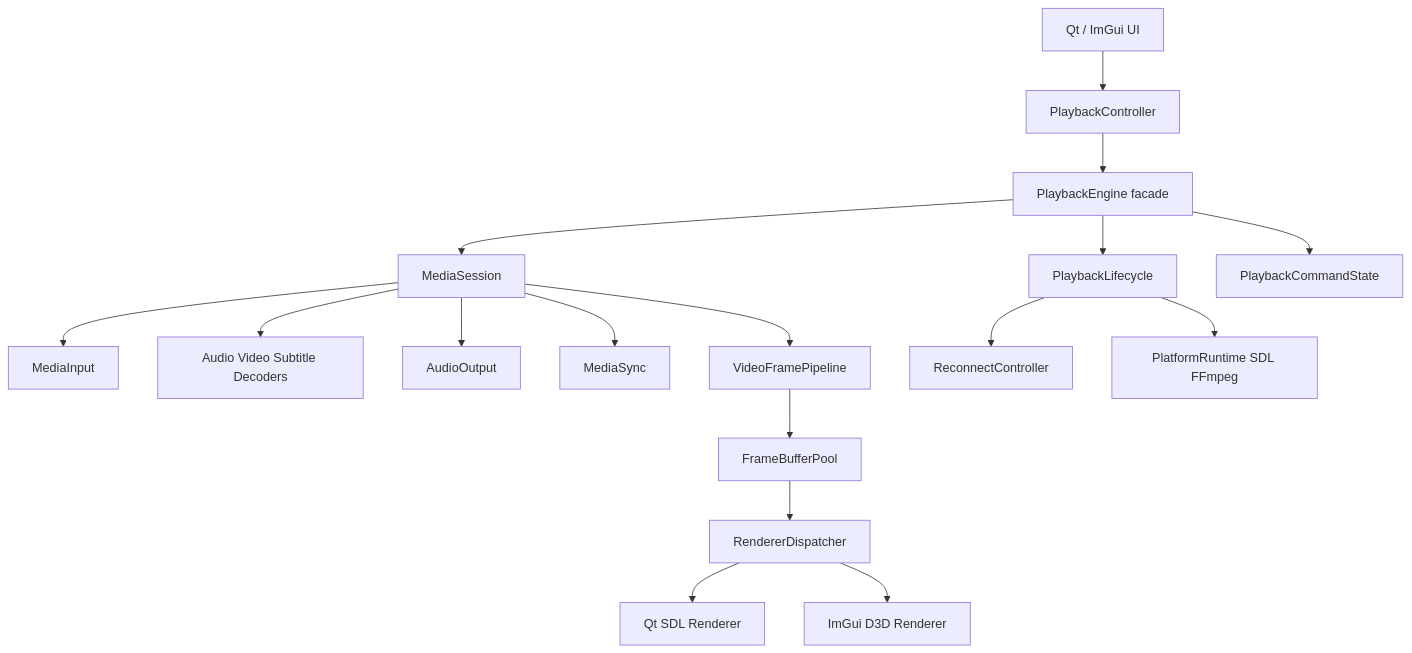
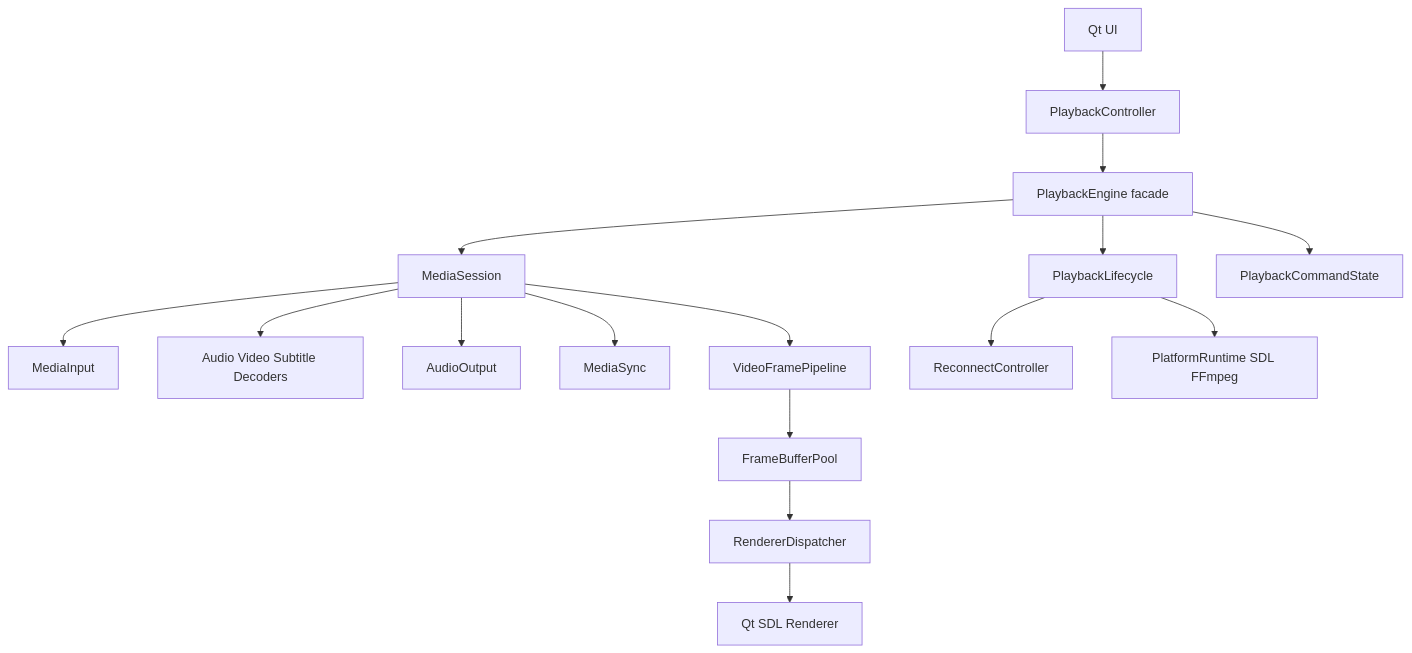
Before and after one commit to dfasdsfffff/myplayer: the first of 2 diagrams in docs/2.md, drawn with Mermaid. The commit also changed other lines of this file and 11 other files, not shown here.

````diff
--- a/docs/2.md
+++ b/docs/2.md
@@ -37,23 +37,22 @@
 ```mermaid
 flowchart TD
-    UI[Qt / ImGui UI] --> Controller[PlaybackController]
+    UI[Qt UI] --> Controller[PlaybackController]
     Controller --> Engine[PlaybackEngine facade]
 
     Engine --> Lifecycle[PlaybackLifecycle]
     Engine --> Session[MediaSession]
     Engine --> Commands[PlaybackCommandState]
 
     Session --> Input[MediaInput]
     Session --> Decoders[Audio Video Subtitle Decoders]
     Session --> Audio[AudioOutput]
     Session --> Sync[MediaSync]
     Session --> Frames[VideoFramePipeline]
 
     Frames --> Pool[FrameBufferPool]
     Pool --> Dispatcher[RendererDispatcher]
     Dispatcher --> QtRenderer[Qt SDL Renderer]
-    Dispatcher --> ImGuiRenderer[ImGui D3D Renderer]
 
     Lifecycle --> Reconnect[ReconnectController]
     Lifecycle --> Runtime[PlatformRuntime SDL FFmpeg]
 ```
````
